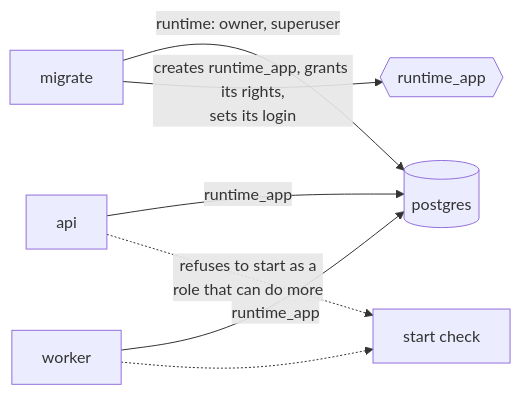
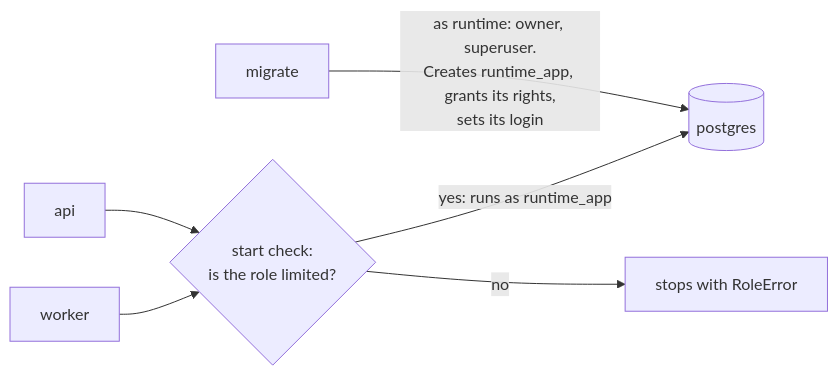
One commit to sindredg/agent-runtime changed the first of 2 diagrams in docs/database-roles.md. Above: the diagram before and after it, drawn with Mermaid.

Commit message:
docs: draw the start check as a decision in the path to Postgres

````diff
--- a/docs/database-roles.md
+++ b/docs/database-roles.md
@@ -7,9 +7,8 @@
 ```mermaid
 flowchart LR
-    M[migrate] -->|runtime: owner, superuser| DB[(postgres)]
-    A[api] -->|runtime_app| DB
-    W[worker] -->|runtime_app| DB
-    M -->|creates runtime_app, grants its rights,<br/>sets its login| R{{runtime_app}}
-    A -.->|refuses to start as a<br/>role that can do more| C[start check]
-    W -.-> C
+    M[migrate] -->|as runtime: owner, superuser.<br/>Creates runtime_app, grants its rights,<br/>sets its login| DB[(postgres)]
+    A[api] --> C{start check:<br/>is the role limited?}
+    W[worker] --> C
+    C -->|yes: runs as runtime_app| DB
+    C -->|no| X[stops with RoleError]
 ```
````
